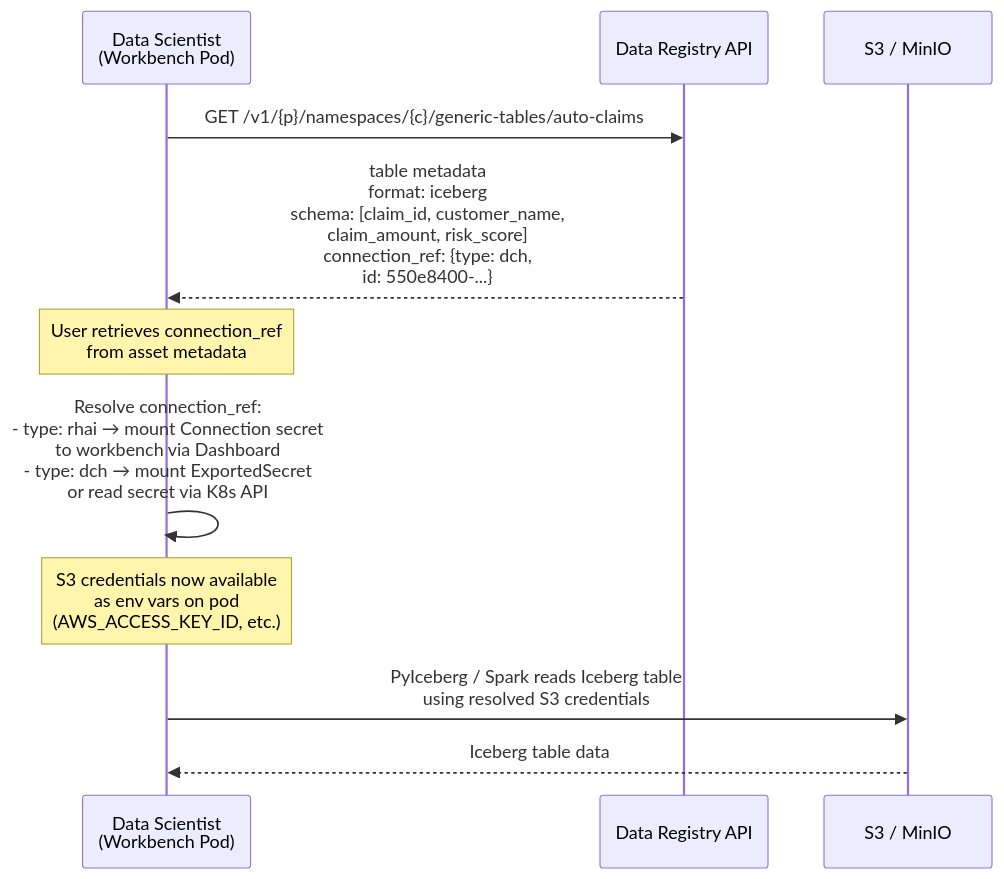
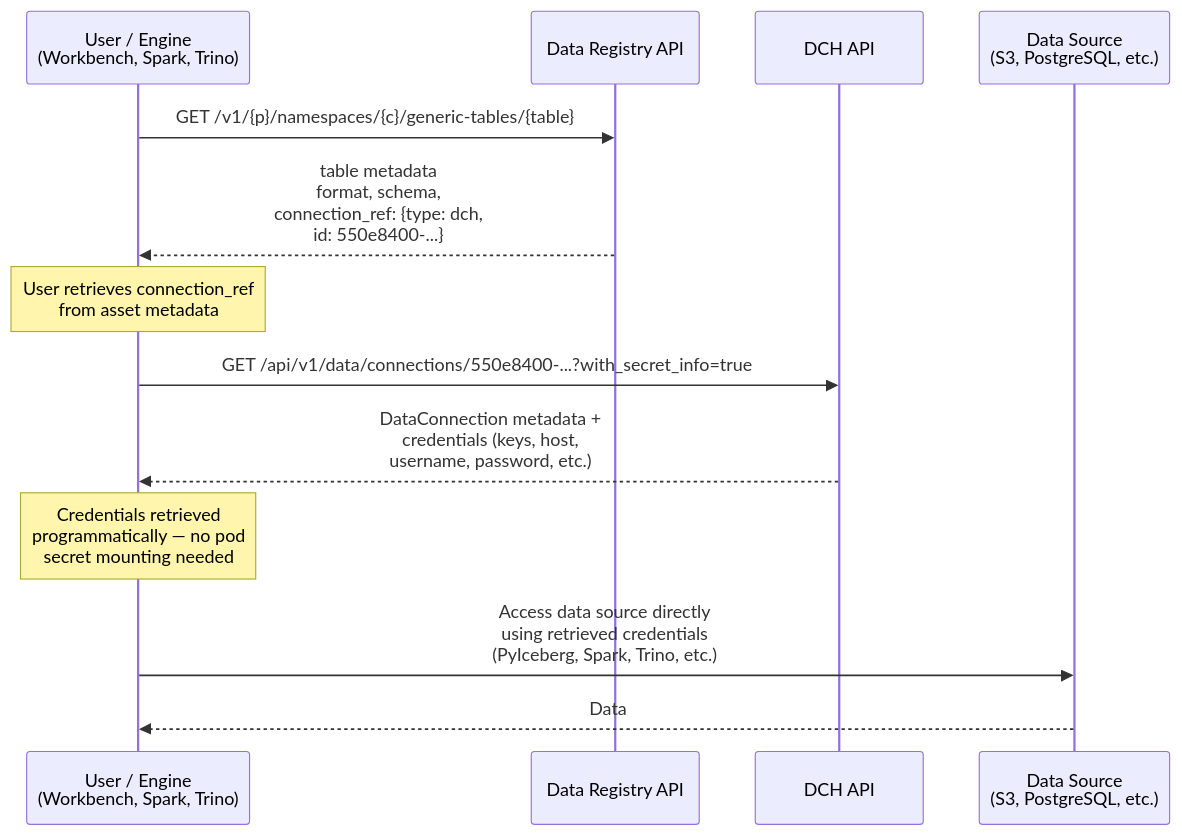
The second of 4 diagrams in architecture-decision-records/data-registry/ODH-ADR-DR-0002-data-registry-dch-integration.md (opendatahub-io/architecture-decision-records), drawn with Mermaid before and after one commit. The commit also changed other lines of this file, not shown here.

````diff
--- a/architecture-decision-records/data-registry/ODH-ADR-DR-0002-data-registry-dch-integration.md
+++ b/architecture-decision-records/data-registry/ODH-ADR-DR-0002-data-registry-dch-integration.md
@@ -97,18 +118,20 @@
 ```mermaid
 sequenceDiagram
-    participant User as Data Scientist<br/>(Workbench Pod)
+    participant User as User / Engine<br/>(Workbench, Spark, Trino)
     participant DR as Data Registry API
-    participant S3 as S3 / MinIO
+    participant DCH as DCH API
+    participant DS as Data Source<br/>(S3, PostgreSQL, etc.)
 
-    User->>DR: GET /v1/{p}/namespaces/{c}/generic-tables/auto-claims
-    DR-->>User: table metadata<br/>format: iceberg<br/>schema: [claim_id, customer_name,<br/>claim_amount, risk_score]<br/>connection_ref: {type: dch,<br/>id: 550e8400-...}
+    User->>DR: GET /v1/{p}/namespaces/{c}/generic-tables/{table}
+    DR-->>User: table metadata<br/>format, schema,<br/>connection_ref: {type: dch,<br/>id: 550e8400-...}
 
     Note over User: User retrieves connection_ref<br/>from asset metadata
 
-    User->>User: Resolve connection_ref:<br/>- type: rhai → mount Connection secret<br/>  to workbench via Dashboard<br/>- type: dch → mount ExportedSecret<br/>  or read secret via K8s API
+    User->>DCH: GET /api/v1/data/connections/550e8400-...?with_secret_info=true
+    DCH-->>User: DataConnection metadata +<br/>credentials (keys, host,<br/>username, password, etc.)
 
-    Note over User: S3 credentials now available<br/>as env vars on pod<br/>(AWS_ACCESS_KEY_ID, etc.)
+    Note over User: Credentials retrieved<br/>programmatically — no pod<br/>secret mounting needed
 
-    User->>S3: PyIceberg / Spark reads Iceberg table<br/>using resolved S3 credentials
-    S3-->>User: Iceberg table data
+    User->>DS: Access data source directly<br/>using retrieved credentials<br/>(PyIceberg, Spark, Trino, etc.)
+    DS-->>User: Data
 ```
````
